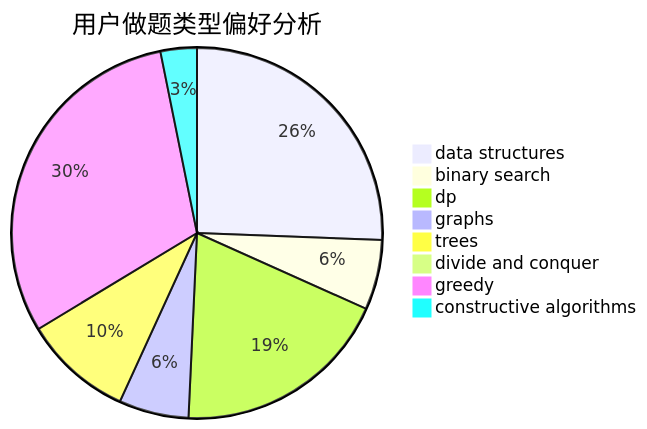
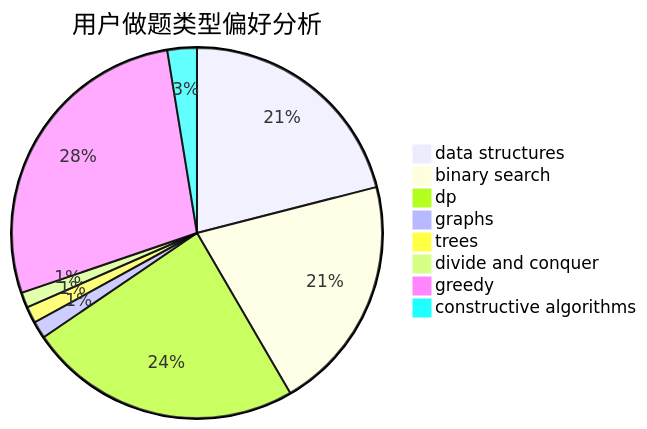
The second of 3 diagrams in docs/user/u912.md (sherpahu/cfrs.github.io), drawn with Mermaid before and after one commit. The commit also changed other lines of this file and 2770 other files, not shown here.

````diff
--- a/docs/user/u912.md
+++ b/docs/user/u912.md
@@ -23,11 +23,11 @@
 ```mermaid
 pie title 用户做题类型偏好分析
-    "data structures" :  105
-    "binary search" :  25
-    "dp" :  78
-    "graphs" :  25
-    "trees" :  39
-    "divide and conquer" :  0
-    "greedy" :  125
-    "constructive algorithms" :  13
+    "data structures" :  408
+    "binary search" :  400
+    "dp" :  464
+    "graphs" :  29
+    "trees" :  28
+    "divide and conquer" :  26
+    "greedy" :  537
+    "constructive algorithms" :  50
 ```
````
